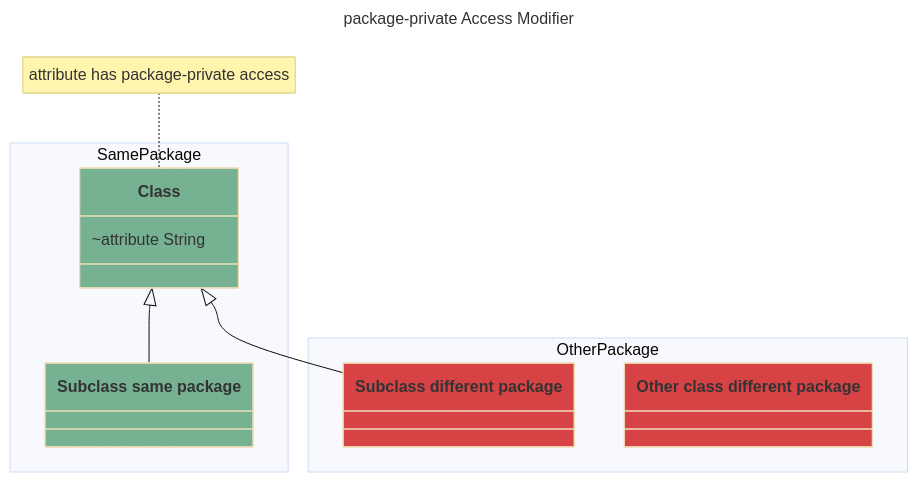
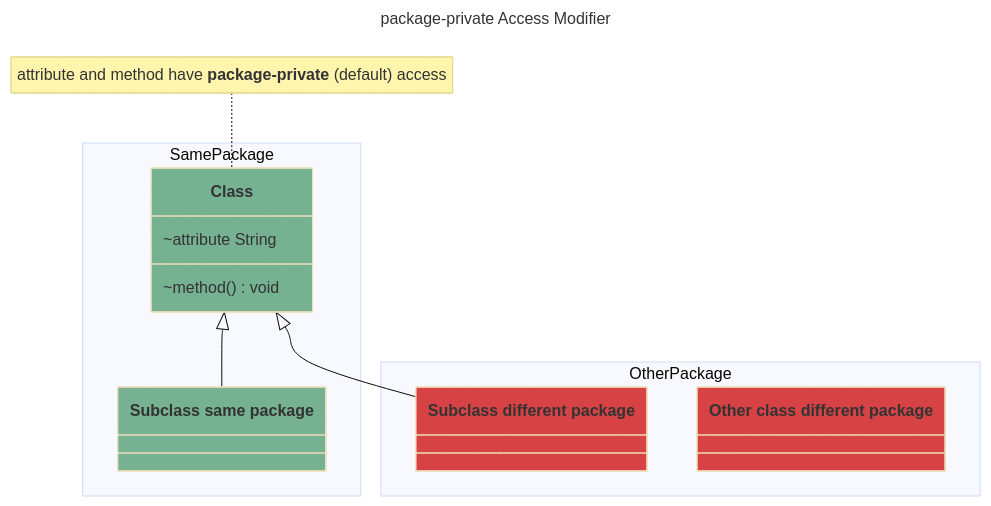
One commit to ebouchut-laplateforme/java-fundamentals changed the fourth of 4 diagrams in README.md. Above: the diagram before and after it, drawn with Mermaid (base theme). The commit also changed other lines of this file, not shown here.

Commit message:
docs(README): Document access modifiers for method

````diff
--- a/README.md
+++ b/README.md
@@ -123,30 +126,31 @@
 ```mermaid
 ---
 title: package-private Access Modifier
 ---
 classDiagram
     direction TB
     
     namespace SamePackage {
         class Class:::can_access {
             ~attribute String
+            ~method()  void
         }
         class Subclass["Subclass same package"]:::can_access {
         }
     }
-    note for Class "attribute has package-private access"
+    note for Class "attribute and method have **package-private** (default) access"
     Class <|-- Subclass
     
     namespace OtherPackage {
         class SubclassOtherPackage["Subclass different package"]:::cannot_access {
         }
         class ClassOtherPackage["Other class different package"]:::cannot_access {
             
         }
     }
     Class <|-- SubclassOtherPackage
     
     
     classDef can_access    fill:#76B192
     classDef cannot_access fill:#D74345
 ```
````
